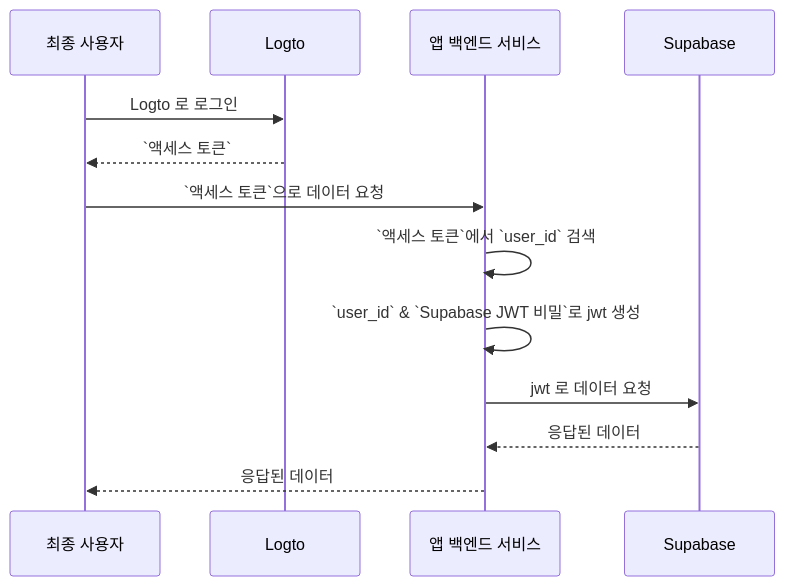
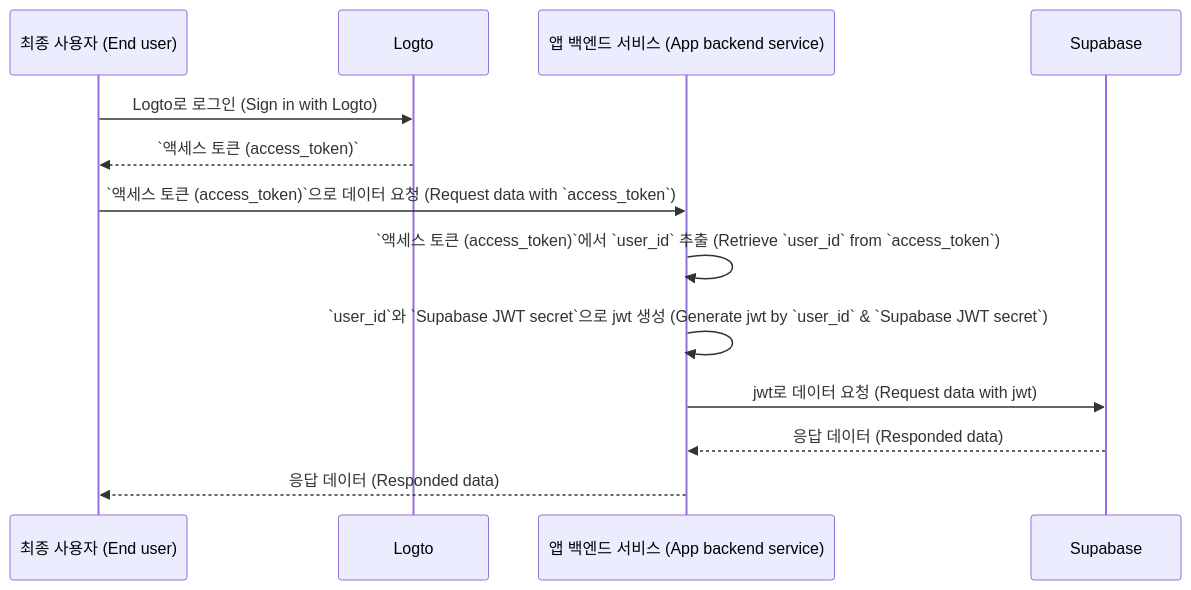
One commit to logto-io/docs changed the diagram in i18n/ko/docusaurus-plugin-content-docs/current/quick-starts/database/supabase/README.mdx. Above: the diagram before and after it, drawn with Mermaid. The commit also changed other lines of this file and 357 other files, not shown here.

````diff
--- a/i18n/ko/docusaurus-plugin-content-docs/current/quick-starts/database/supabase/README.mdx
+++ b/i18n/ko/docusaurus-plugin-content-docs/current/quick-starts/database/supabase/README.mdx
@@ -107,16 +107,16 @@
 ```mermaid
 sequenceDiagram
-	Participant U as 최종 사용자
+	Participant U as 최종 사용자 (End user)
 	Participant Logto
-	Participant B as 앱 백엔드 서비스
+	Participant B as 앱 백엔드 서비스 (App backend service)
 	Participant Supabase
 
-	U->>Logto: Logto 로 로그인
-	Logto-->>U: `액세스 토큰`
-	U->>B: `액세스 토큰`으로 데이터 요청
-	B->>B: `액세스 토큰`에서 `user_id` 검색
-	B->>B: `user_id` & `Supabase JWT 비밀`로 jwt 생성
-	B->>Supabase: jwt 로 데이터 요청
-	Supabase-->>B: 응답된 데이터
-	B-->>U: 응답된 데이터
+	U->>Logto: Logto로 로그인 (Sign in with Logto)
+	Logto-->>U: `액세스 토큰 (access_token)`
+	U->>B: `액세스 토큰 (access_token)`으로 데이터 요청 (Request data with `access_token`)
+	B->>B: `액세스 토큰 (access_token)`에서 `user_id` 추출 (Retrieve `user_id` from `access_token`)
+	B->>B: `user_id`와 `Supabase JWT secret`으로 jwt 생성 (Generate jwt by `user_id` & `Supabase JWT secret`)
+	B->>Supabase: jwt로 데이터 요청 (Request data with jwt)
+	Supabase-->>B: 응답 데이터 (Responded data)
+	B-->>U: 응답 데이터 (Responded data)
 ```
````
